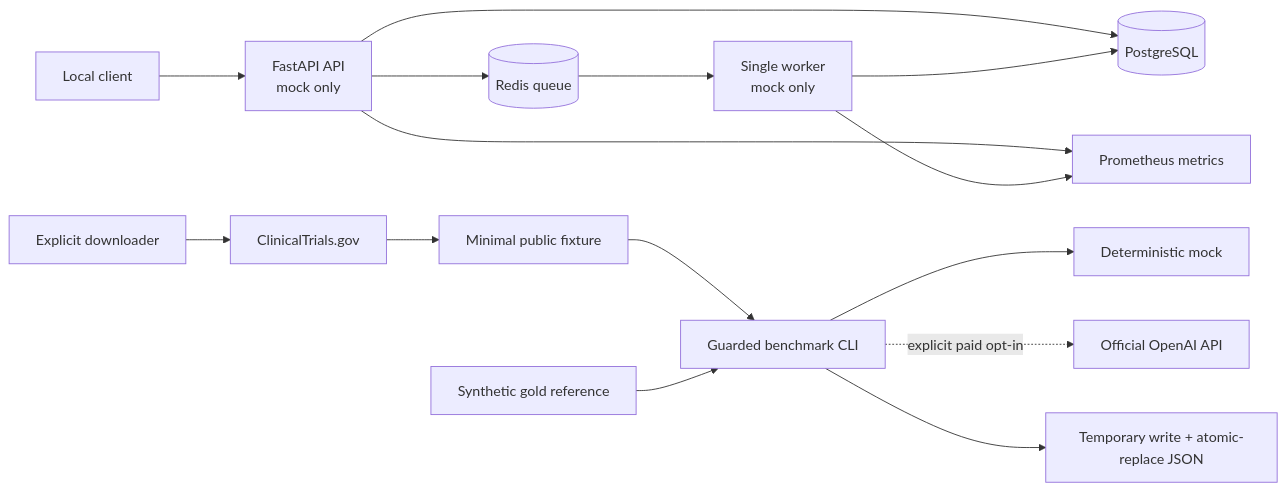
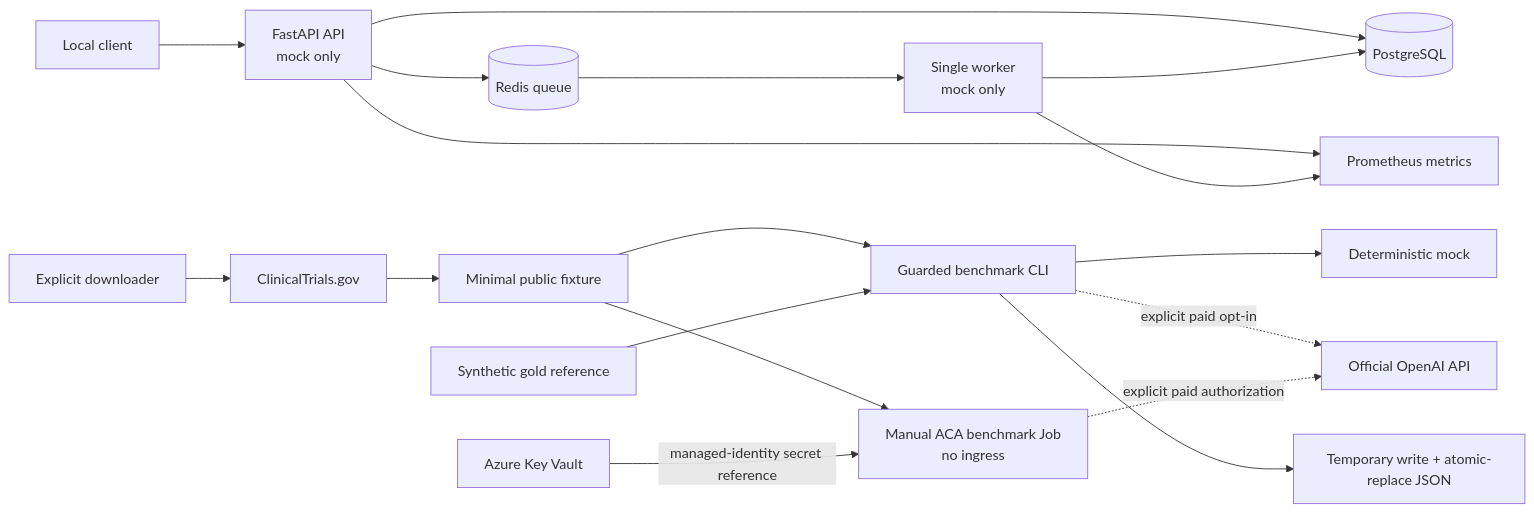
Before and after one commit to NevoLevi/CriteriaBench: the diagram in README.md, drawn with Mermaid. The commit also changed other lines of this file and 5 other files, not shown here.

````diff
--- a/README.md
+++ b/README.md
@@ -27,18 +27,21 @@
 ```mermaid
 flowchart LR
     U["Local client"] --> A["FastAPI API<br/>mock only"]
     A --> P[("PostgreSQL")]
     A --> R[("Redis queue")]
     R --> W["Single worker<br/>mock only"]
     W --> P
     A --> M["Prometheus metrics"]
     W --> M
 
     D["Explicit downloader"] --> C["ClinicalTrials.gov"]
     C --> F["Minimal public fixture"]
     F --> B["Guarded benchmark CLI"]
     G["Synthetic gold reference"] --> B
     B --> X["Deterministic mock"]
     B -. "explicit paid opt-in" .-> O["Official OpenAI API"]
     B --> J["Temporary write + atomic-replace JSON"]
+    F --> ACA["Manual ACA benchmark Job<br/>no ingress"]
+    KV["Azure Key Vault"] -->|"managed-identity secret reference"| ACA
+    ACA -. "explicit paid authorization" .-> O
 ```
````
